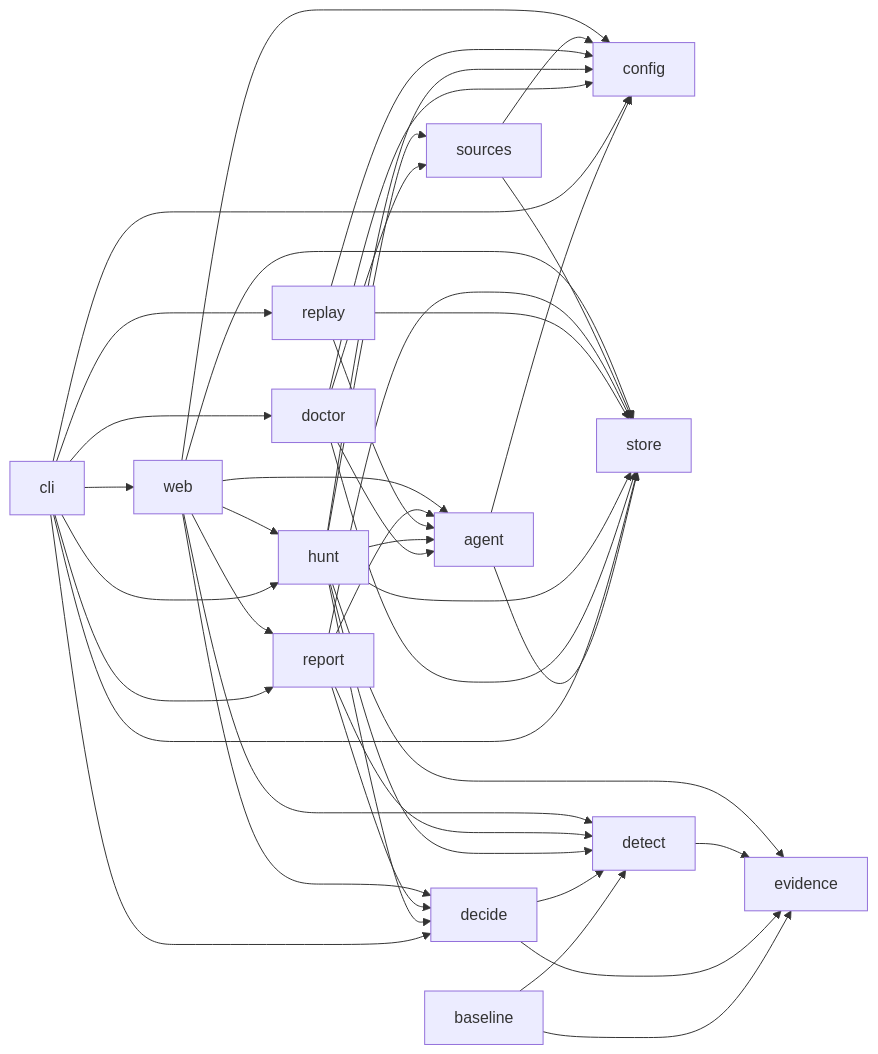
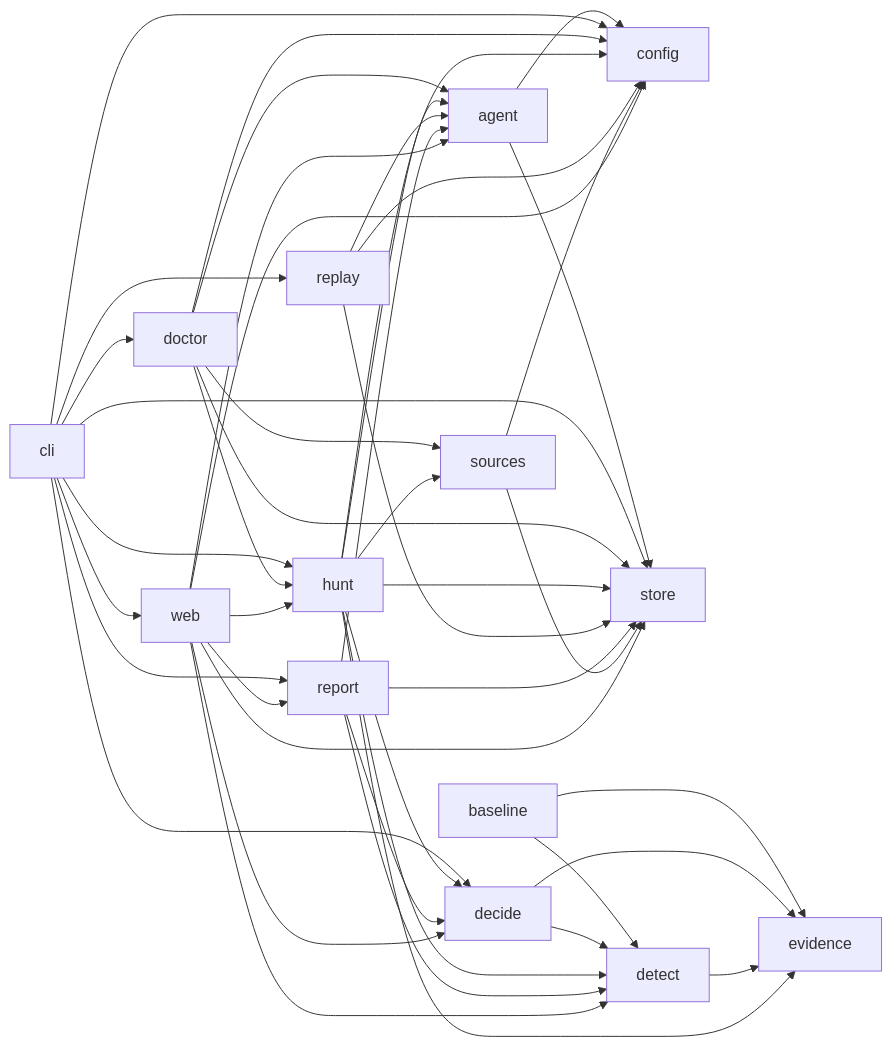
One commit to nickthabib-cloud/ROMULUS changed the diagram in docs/architecture/MODULE_MAP.md. Above: the diagram before and after it, drawn with Mermaid. The commit also changed other lines of this file and 21 other files, not shown here.

````diff
--- a/docs/architecture/MODULE_MAP.md
+++ b/docs/architecture/MODULE_MAP.md
@@ -105,45 +105,46 @@
 ```mermaid
 graph LR
   agent --> config
   agent --> store
   baseline --> detect
   baseline --> evidence
   cli --> config
   cli --> decide
   cli --> doctor
   cli --> hunt
   cli --> replay
   cli --> report
   cli --> store
   cli --> web
   decide --> detect
   decide --> evidence
   detect --> evidence
   doctor --> agent
   doctor --> config
+  doctor --> hunt
   doctor --> sources
   doctor --> store
   hunt --> agent
   hunt --> config
   hunt --> decide
   hunt --> detect
   hunt --> evidence
   hunt --> sources
   hunt --> store
   replay --> agent
   replay --> config
   replay --> store
   report --> agent
   report --> decide
   report --> detect
   report --> store
   sources --> config
   sources --> store
   web --> agent
   web --> config
   web --> decide
   web --> detect
   web --> hunt
   web --> report
   web --> store
 ```
````
